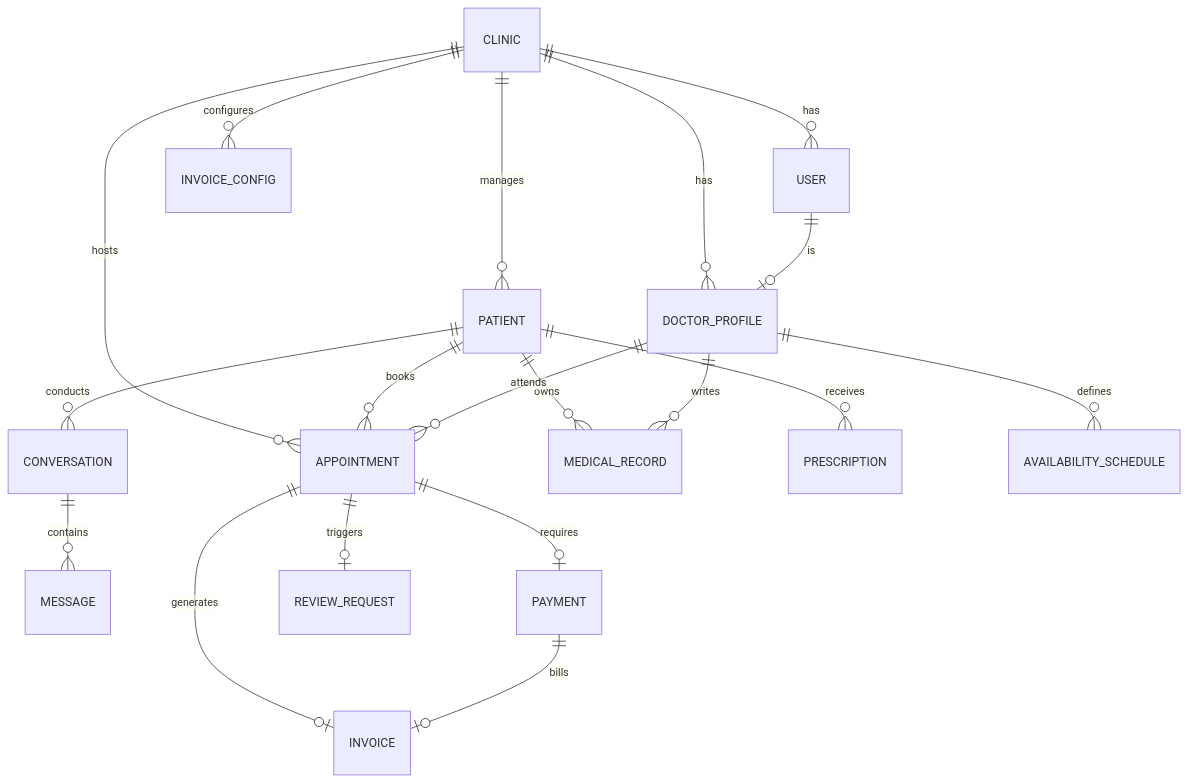
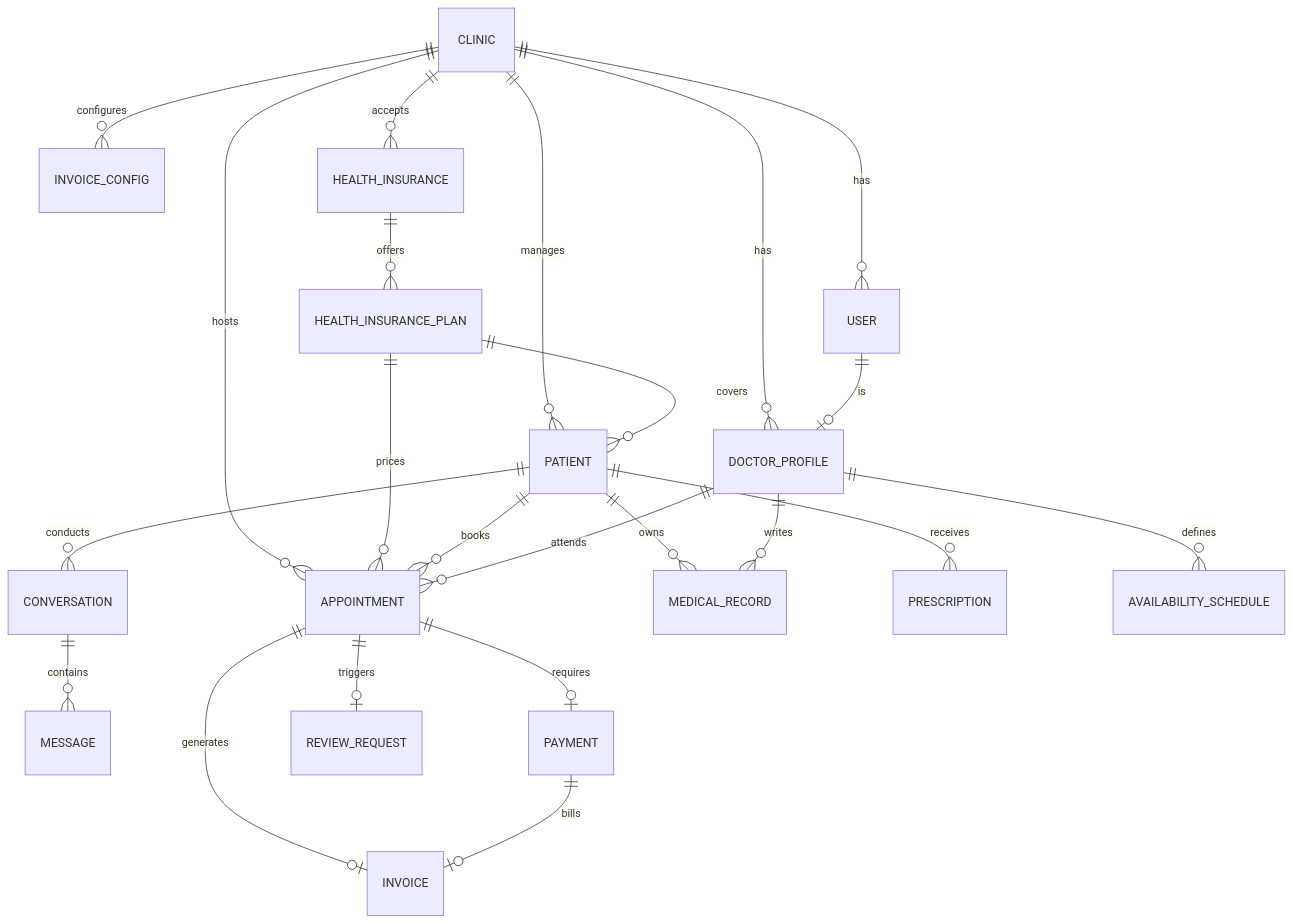
Before and after one commit to mlacheta/crm_poc1: the diagram in docs/specs/03_data_model_and_database_schema.md, drawn with Mermaid. The commit also changed other lines of this file and 6 other files, not shown here.

````diff
--- a/docs/specs/03_data_model_and_database_schema.md
+++ b/docs/specs/03_data_model_and_database_schema.md
@@ -8,27 +8,32 @@
 ```mermaid
 erDiagram
     CLINIC ||--o{ USER : has
     CLINIC ||--o{ DOCTOR_PROFILE : has
     CLINIC ||--o{ PATIENT : manages
     CLINIC ||--o{ APPOINTMENT : hosts
     CLINIC ||--o{ INVOICE_CONFIG : configures
+    CLINIC ||--o{ HEALTH_INSURANCE : accepts
+
+    HEALTH_INSURANCE ||--o{ HEALTH_INSURANCE_PLAN : offers
+    HEALTH_INSURANCE_PLAN ||--o{ PATIENT : covers
+    HEALTH_INSURANCE_PLAN ||--o{ APPOINTMENT : prices
 
     USER ||--o| DOCTOR_PROFILE : is
     
     PATIENT ||--o{ CONVERSATION : conducts
     PATIENT ||--o{ APPOINTMENT : books
     PATIENT ||--o{ MEDICAL_RECORD : owns
     PATIENT ||--o{ PRESCRIPTION : receives
 
     CONVERSATION ||--o{ MESSAGE : contains
     
     DOCTOR_PROFILE ||--o{ APPOINTMENT : attends
     DOCTOR_PROFILE ||--o{ AVAILABILITY_SCHEDULE : defines
     DOCTOR_PROFILE ||--o{ MEDICAL_RECORD : writes
 
     APPOINTMENT ||--o| PAYMENT : requires
     APPOINTMENT ||--o| INVOICE : generates
     APPOINTMENT ||--o| REVIEW_REQUEST : triggers
 
     PAYMENT ||--o| INVOICE : bills
 ```
````
